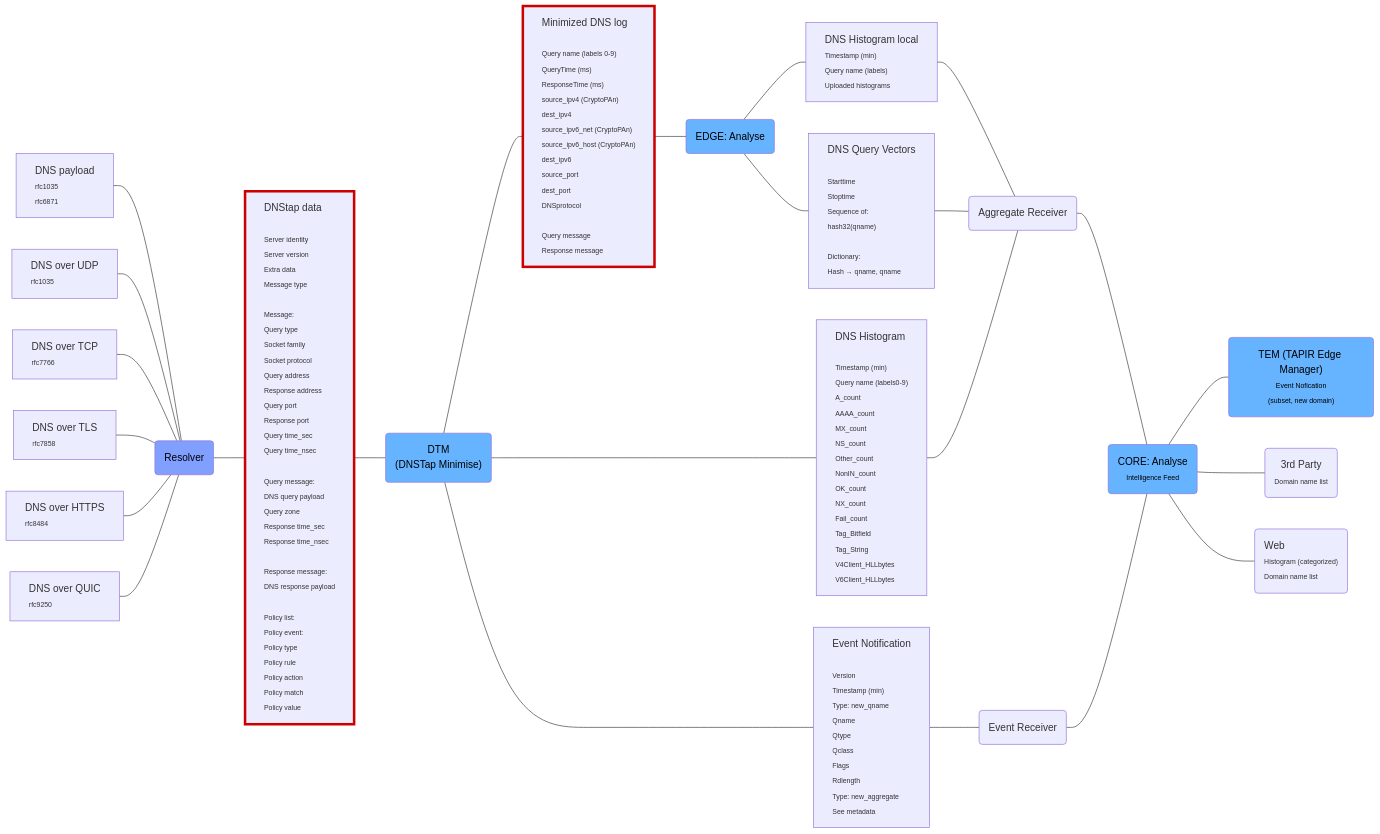
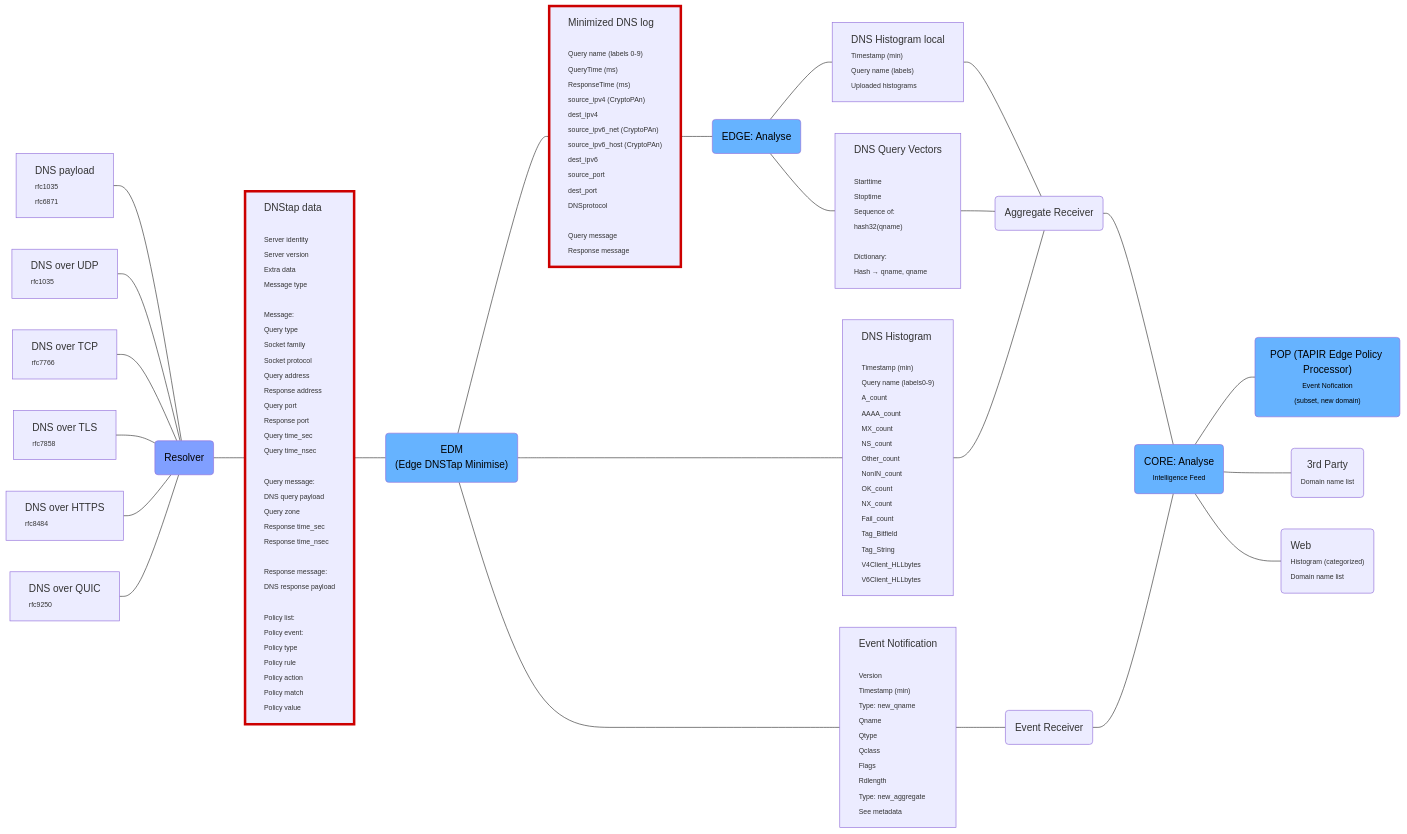
Before and after one commit to dnstapir/datasets: the diagram in tapirdataflow.md, drawn with Mermaid.

Commit message:
updated with latest incl POP EDM

```diff
--- a/tapirdataflow.md
+++ b/tapirdataflow.md
@@ -62,7 +62,7 @@
 Policy value
 </span>]:::sensitive
 
-DTM --- Event["Event Notification
+EDM --- Event["Event Notification
 
 <span style='font-size:11px;'>Version
 Timestamp (min)
@@ -76,10 +76,10 @@
 See metadata</span>
 "]:::nodebase
 
-T --- DTM("DTM 
-(DNSTap Minimise)"):::service
+T --- EDM("EDM 
+(Edge DNSTap Minimise)"):::service
 
-DTM --- Hist["DNS Histogram
+EDM --- Hist["DNS Histogram
 <span style='font-size:11px;'>
 Timestamp (min)
 Query name (labels0-9)
@@ -98,7 +98,7 @@
 V6Client_HLLbytes</span>
 "]:::nodebase
 
-DTM --- Mini["Minimized DNS log
+EDM --- Mini["Minimized DNS log
 
 <span style='font-size:11px;'>Query name (labels 0-9)
 QueryTime (ms)
@@ -140,7 +140,7 @@
 Event --- Er(Event Receiver)
 Er --- Gb
 
-Gb --- Tem("TEM (TAPIR Edge Manager)
+Gb --- Pop("POP (TAPIR Edge Policy Processor)
 <span style='font-size:11px;'>Event Nofication
 (subset, new domain)"</span>):::service 
 
```
